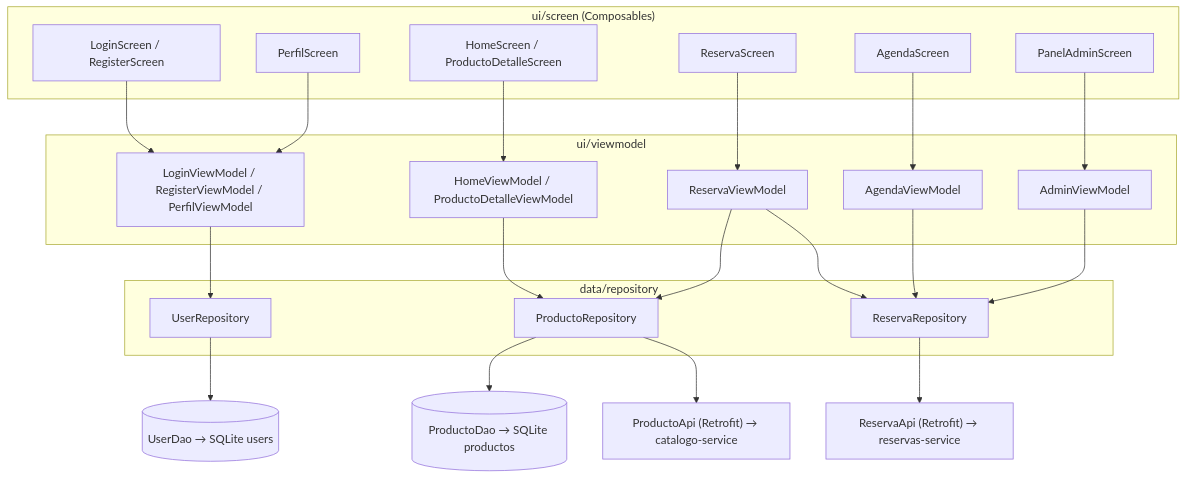
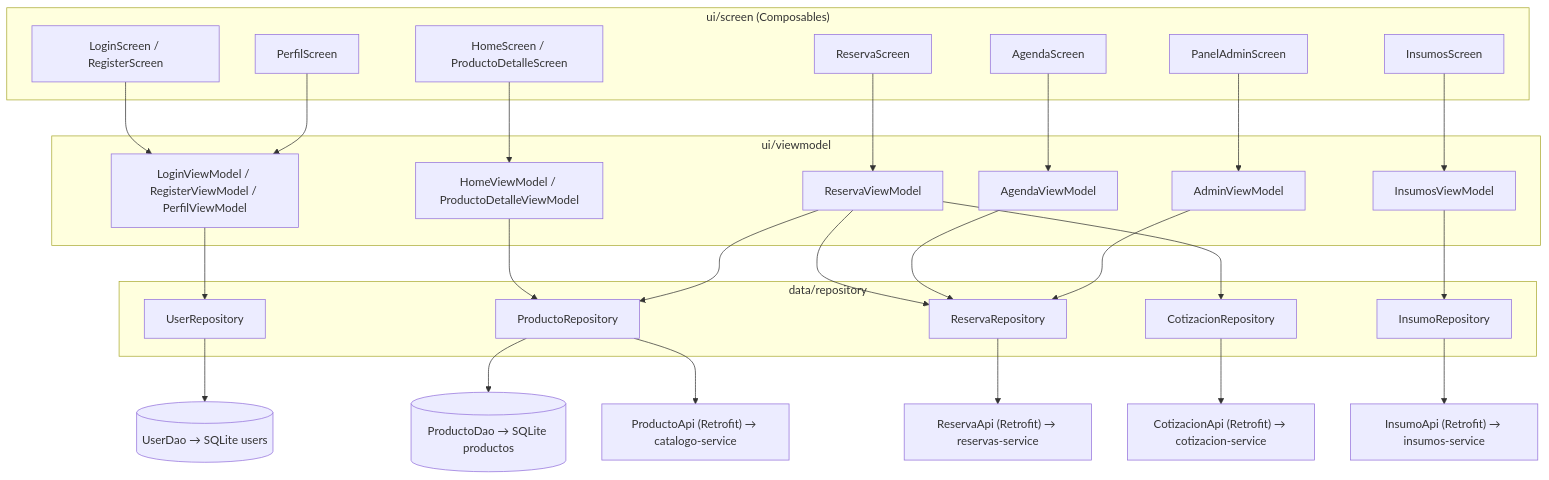
One commit to VooNn47/Paolicias.sweet changed the second of 4 diagrams in documents/arquitectura.md. Above: the diagram before and after it, drawn with Mermaid. The commit also changed other lines of this file and 18 other files, not shown here.

````diff
--- a/documents/arquitectura.md
+++ b/documents/arquitectura.md
@@ -42,36 +54,42 @@
 ```mermaid
 flowchart TB
     subgraph UI["ui/screen (Composables)"]
         S1[LoginScreen / RegisterScreen]
         S2[HomeScreen / ProductoDetalleScreen]
         S3[ReservaScreen]
         S4[AgendaScreen]
         S5[PerfilScreen]
         S6[PanelAdminScreen]
+        S7[InsumosScreen]
     end
 
     subgraph VMs["ui/viewmodel"]
         V1[LoginViewModel / RegisterViewModel / PerfilViewModel]
         V2[HomeViewModel / ProductoDetalleViewModel]
         V3[ReservaViewModel]
         V4[AgendaViewModel]
         V6[AdminViewModel]
+        V7[InsumosViewModel]
     end
 
     subgraph Datos["data/repository"]
         R1[UserRepository]
         R2[ProductoRepository]
         R3[ReservaRepository]
+        R4[CotizacionRepository]
+        R5[InsumoRepository]
     end
 
     S1 --> V1 --> R1 --> DAO1[("UserDao → SQLite users")]
     S5 --> V1
     S2 --> V2 --> R2
     R2 --> DAO2[("ProductoDao → SQLite productos")]
     R2 --> API1["ProductoApi (Retrofit) → catalogo-service"]
     S3 --> V3 --> R3
     V3 --> R2
+    V3 --> R4 --> API3["CotizacionApi (Retrofit) → cotizacion-service"]
     S4 --> V4 --> R3
     S6 --> V6 --> R3
     R3 --> API2["ReservaApi (Retrofit) → reservas-service"]
+    S7 --> V7 --> R5 --> API4["InsumoApi (Retrofit) → insumos-service"]
 ```
````
